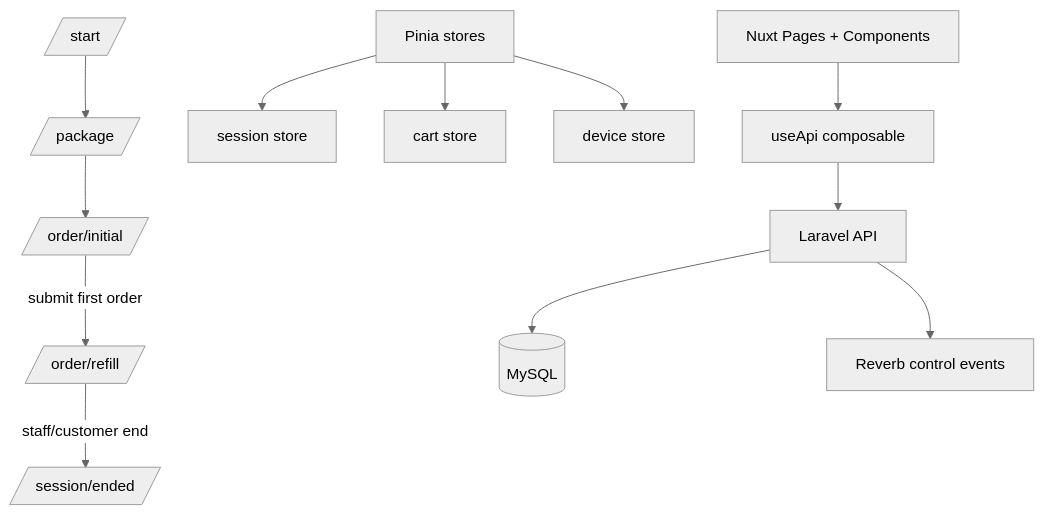
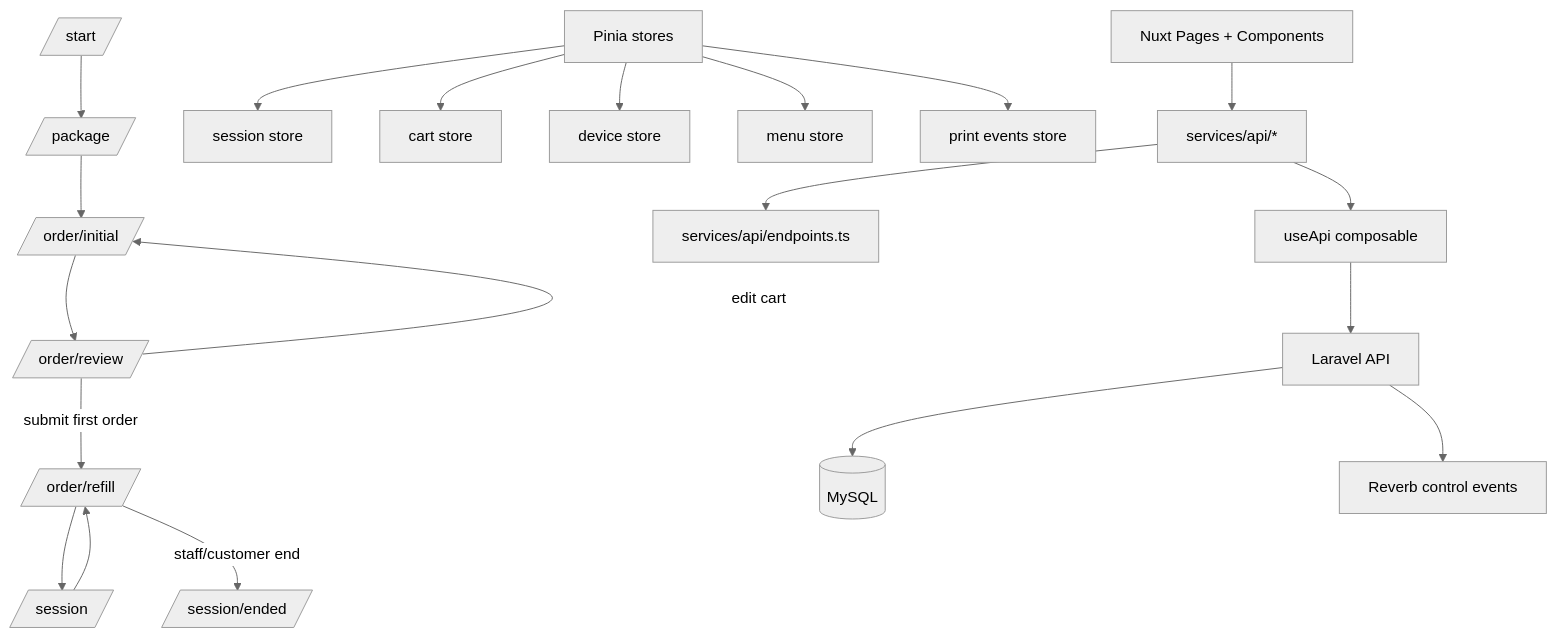
One commit to ryanpastorizadev-bit/woosoo-grillpad changed the diagram in docs/CASE_FILE.md. Above: the diagram before and after it, drawn with Mermaid (neutral theme). The commit also changed other lines of this file, not shown here.

````diff
--- a/docs/CASE_FILE.md
+++ b/docs/CASE_FILE.md
@@ -8,16 +18,24 @@
 ```mermaid
 flowchart TD
   Start[/start/] --> Package[/package/]
   Package --> Initial[/order/initial/]
-  Initial -->|submit first order| Refill[/order/refill/]
+  Initial --> Review[/order/review/]
+  Review -->|edit cart| Initial
+  Review -->|submit first order| Refill[/order/refill/]
+  Refill --> Session[/session/]
+  Session --> Refill
   Refill -->|staff/customer end| Ended[/session/ended/]
 
   Pinia[Pinia stores] --> SessionStore[session store]
   Pinia --> CartStore[cart store]
   Pinia --> DeviceStore[device store]
+  Pinia --> MenuStore[menu store]
+  Pinia --> PrintEventsStore[print events store]
 
-  UI[Nuxt Pages + Components] --> API[useApi composable]
-  API --> Laravel[Laravel API]
+  UI[Nuxt Pages + Components] --> Services[services/api/*]
+  Services --> Endpoints[services/api/endpoints.ts]
+  Services --> Api[useApi composable]
+  Api --> Laravel[Laravel API]
   Laravel --> MySQL[(MySQL)]
   Laravel --> Reverb[Reverb control events]
 ```
````
